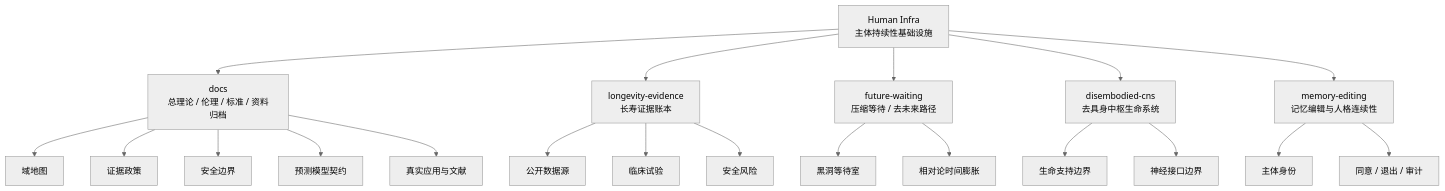
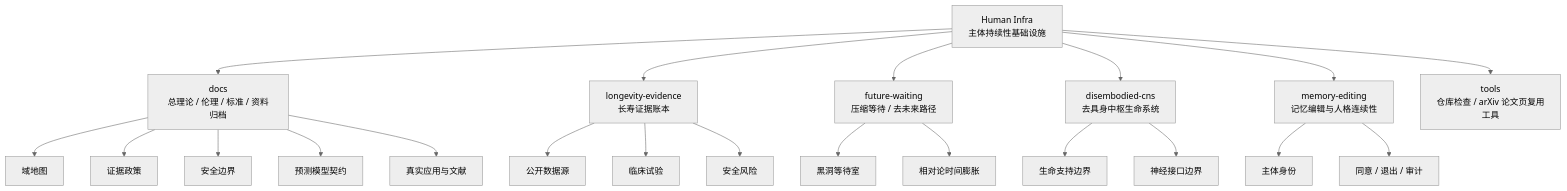
One commit to 123olp/ys changed the third of 5 diagrams in README.md. Above: the diagram before and after it, drawn with Mermaid (neutral theme). The commit also changed other lines of this file and 64 other files, not shown here.

````diff
--- a/README.md
+++ b/README.md
@@ -159,29 +160,30 @@
 ```mermaid
 flowchart TD
     H[Human Infra<br/>主体持续性基础设施]
 
     H --> D[docs<br/>总理论 / 伦理 / 标准 / 资料归档]
     H --> L[longevity-evidence<br/>长寿证据账本]
     H --> F[future-waiting<br/>压缩等待 / 去未来路径]
     H --> C[disembodied-cns<br/>去具身中枢生命系统]
     H --> M[memory-editing<br/>记忆编辑与人格连续性]
+    H --> T[tools<br/>仓库检查 / arXiv 论文页复用工具]
 
     D --> DM[域地图]
     D --> EP[证据政策]
     D --> SB[安全边界]
     D --> PM[预测模型契约]
     D --> AL[真实应用与文献]
 
     L --> DS[公开数据源]
     L --> CT[临床试验]
     L --> SR[安全风险]
 
     F --> BH[黑洞等待室]
     F --> TD[相对论时间膨胀]
 
     C --> LS[生命支持边界]
     C --> NI[神经接口边界]
 
     M --> ID[主体身份]
     M --> AU[同意 / 退出 / 审计]
 ```
````
